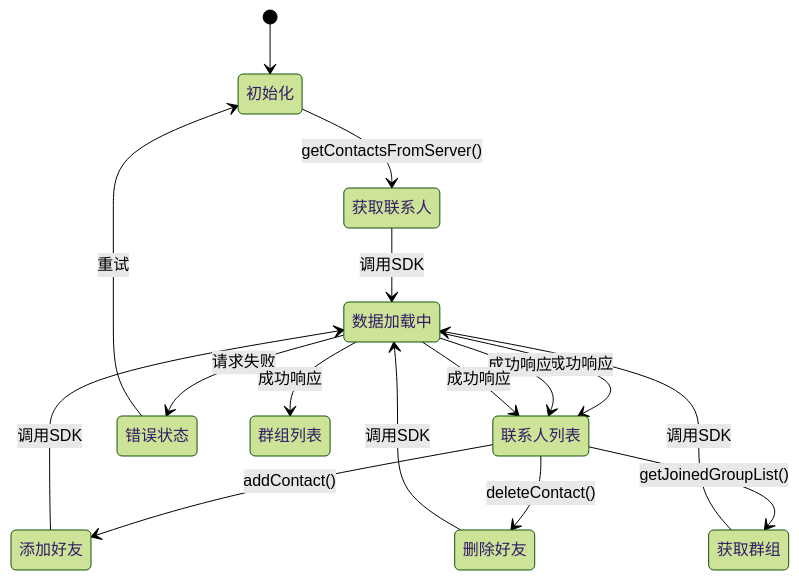
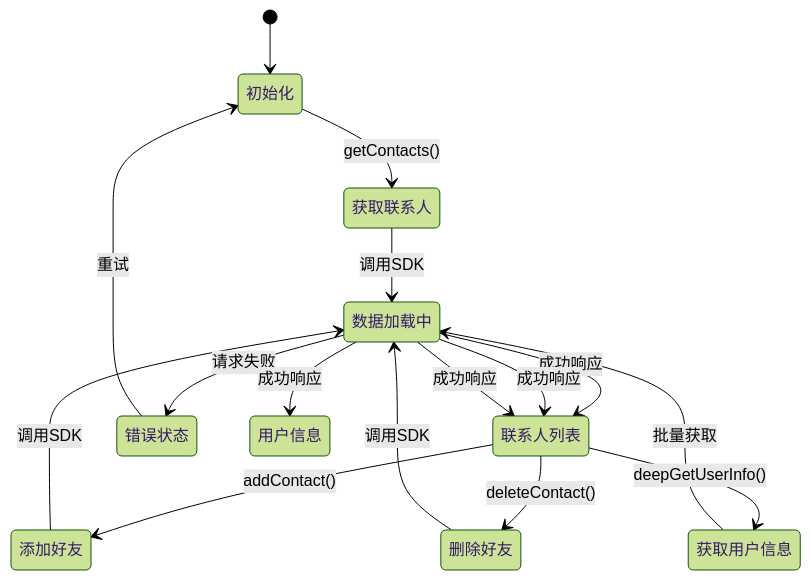
The fifth of 9 diagrams in .qoder/repowiki/zh/content/Contacts Page.md (Easemob-Community/easemob-uikit-uniapp-community), drawn with Mermaid (forest theme) before and after one commit. The commit also changed other lines of this file and 6 other files, not shown here.

````diff
--- a/.qoder/repowiki/zh/content/Contacts Page.md
+++ b/.qoder/repowiki/zh/content/Contacts Page.md
@@ -248,18 +285,18 @@
 ```mermaid
 stateDiagram-v2
 [*] --> 初始化
-初始化 --> 获取联系人 : getContactsFromServer()
+初始化 --> 获取联系人 : getContacts()
 获取联系人 --> 数据加载中 : 调用SDK
 数据加载中 --> 联系人列表 : 成功响应
 数据加载中 --> 错误状态 : 请求失败
 联系人列表 --> 添加好友 : addContact()
 添加好友 --> 数据加载中 : 调用SDK
 数据加载中 --> 联系人列表 : 成功响应
 联系人列表 --> 删除好友 : deleteContact()
 删除好友 --> 数据加载中 : 调用SDK
 数据加载中 --> 联系人列表 : 成功响应
-联系人列表 --> 获取群组 : getJoinedGroupList()
-获取群组 --> 数据加载中 : 调用SDK
-数据加载中 --> 群组列表 : 成功响应
+联系人列表 --> 获取用户信息 : deepGetUserInfo()
+获取用户信息 --> 数据加载中 : 批量获取
+数据加载中 --> 用户信息 : 成功响应
 错误状态 --> 初始化 : 重试
 ```
````
